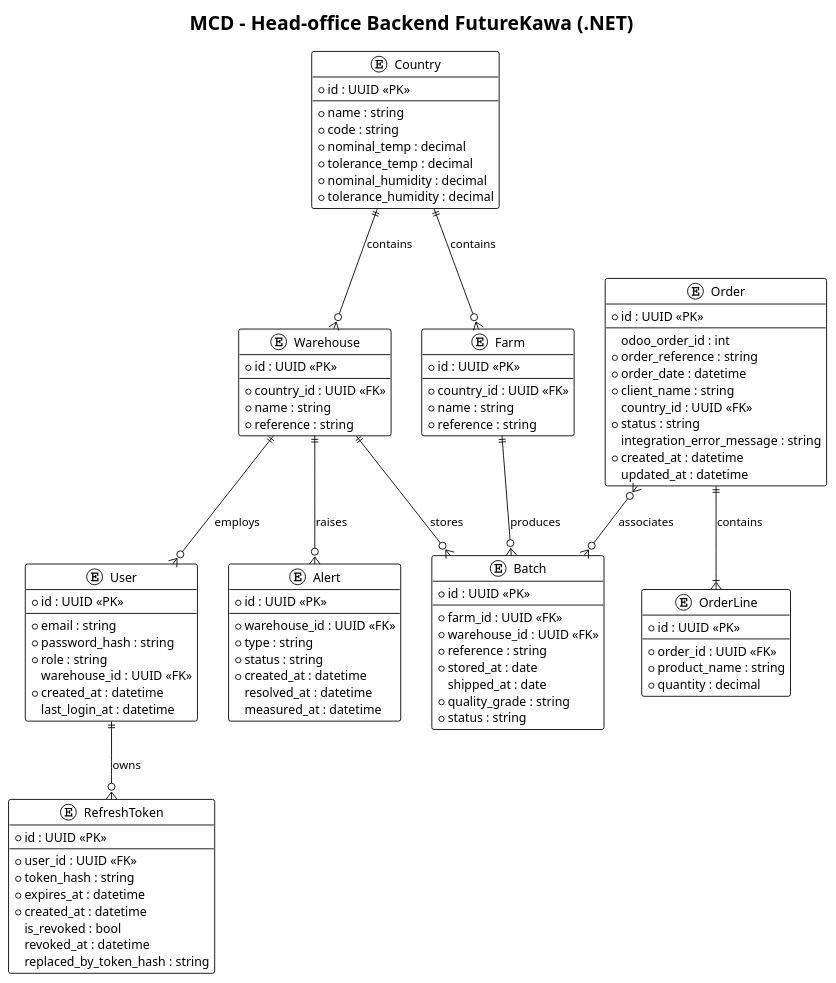
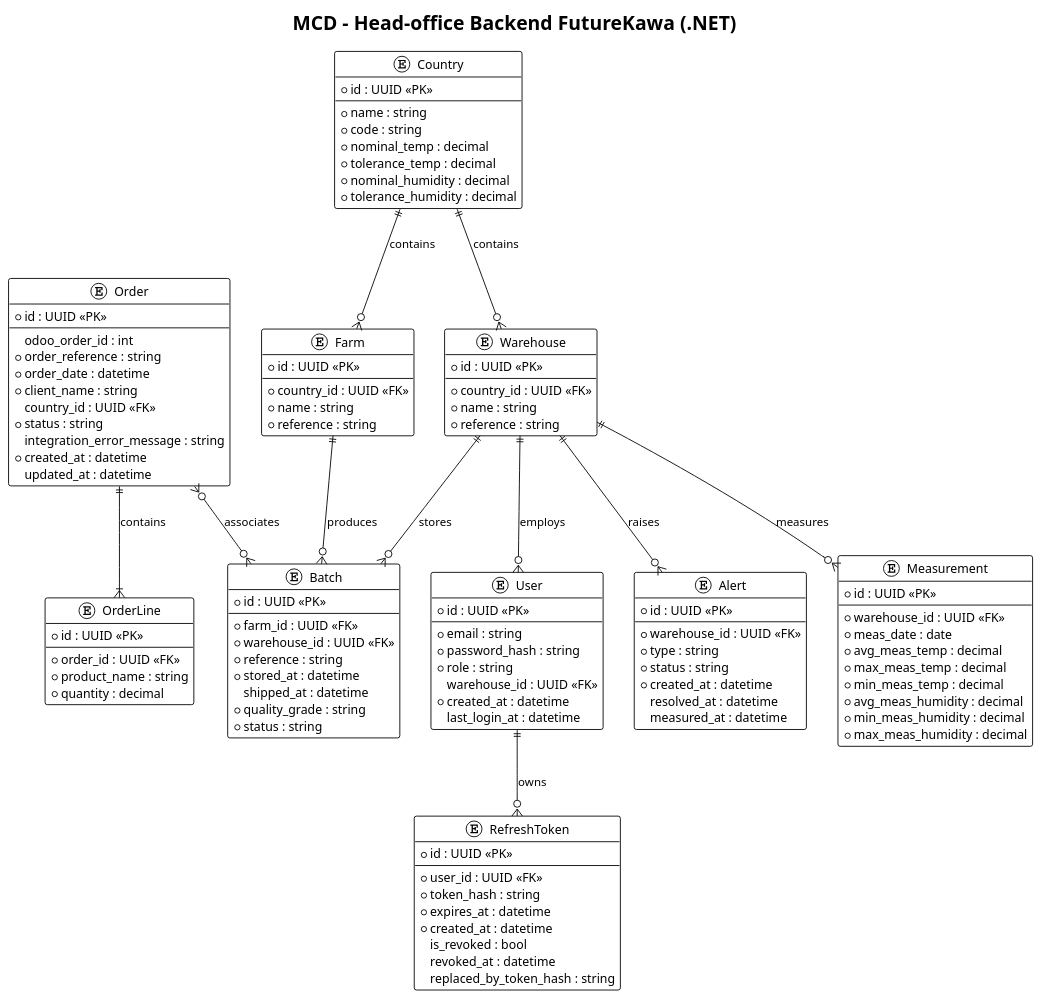
The diagram in Documentation/diagrammes/mcd_backend.puml (FutureKawa-Nte-G2/FutureKawa), drawn with PlantUML before and after one commit. The commit also changed 1 other file, not shown here.

Commit message:
docs(diagrams): add Measurement entity and fix Batches date/time types

```diff
--- a/Documentation/diagrammes/mcd_backend.puml
+++ b/Documentation/diagrammes/mcd_backend.puml
@@ -1,113 +1,127 @@
 @startuml MCD_Backend_FutureKawa
 
 !theme plain
 
 title MCD - Head-office Backend FutureKawa (.NET)
 
 entity "User" as User {
   * id : UUID <<PK>>
   --
   * email : string
   * password_hash : string
   * role : string
   warehouse_id : UUID <<FK>>
   * created_at : datetime
   last_login_at : datetime
 }
 
 entity "RefreshToken" as RefreshToken {
   * id : UUID <<PK>>
   --
   * user_id : UUID <<FK>>
   * token_hash : string
   * expires_at : datetime
   * created_at : datetime
   is_revoked : bool
   revoked_at : datetime
   replaced_by_token_hash : string
 }
 
 entity "Country" as Country {
   * id : UUID <<PK>>
   --
   * name : string
   * code : string
   * nominal_temp : decimal
   * tolerance_temp : decimal
   * nominal_humidity : decimal
   * tolerance_humidity : decimal
 }
 
 entity "Farm" as Farm {
   * id : UUID <<PK>>
   --
   * country_id : UUID <<FK>>
   * name : string
   * reference : string
 }
 
 entity "Warehouse" as Warehouse {
   * id : UUID <<PK>>
   --
   * country_id : UUID <<FK>>
   * name : string
   * reference : string
 }
 
 entity "Batch" as Batch {
   * id : UUID <<PK>>
   --
   * farm_id : UUID <<FK>>
   * warehouse_id : UUID <<FK>>
   * reference : string
-  * stored_at : date
-  shipped_at : date
+  * stored_at : datetime
+  shipped_at : datetime
   * quality_grade : string
   * status : string
 }
 
 entity "Alert" as Alert {
   * id : UUID <<PK>>
   --
   * warehouse_id : UUID <<FK>>
   * type : string
   * status : string
   * created_at : datetime
   resolved_at : datetime
   measured_at : datetime
+}
+
+entity "Measurement" as Measurement {
+  * id : UUID <<PK>>
+  --
+  * warehouse_id : UUID <<FK>>
+  * meas_date : date
+  * avg_meas_temp : decimal
+  * max_meas_temp : decimal
+  * min_meas_temp : decimal
+  * avg_meas_humidity : decimal
+  * min_meas_humidity : decimal
+  * max_meas_humidity : decimal
 }
 
 entity "Order" as Order {
   * id : UUID <<PK>>
   --
   odoo_order_id : int
   * order_reference : string
   * order_date : datetime
   * client_name : string
   country_id : UUID <<FK>>
   * status : string
   integration_error_message : string
   * created_at : datetime
   updated_at : datetime
 }
 
 entity "OrderLine" as OrderLine {
   * id : UUID <<PK>>
   --
   * order_id : UUID <<FK>>
   * product_name : string
   * quantity : decimal
 }
 
 ' Conceptual relationships
 User ||--o{ RefreshToken : "owns"
 Warehouse ||--o{ User : "employs"
 Country ||--o{ Farm : "contains"
 Country ||--o{ Warehouse : "contains"
 Farm ||--o{ Batch : "produces"
 Warehouse ||--o{ Batch : "stores"
 Warehouse ||--o{ Alert : "raises"
+Warehouse ||--o{ Measurement : "measures"
 Order ||--|{ OrderLine : "contains"
 Order }o--o{ Batch : "associates"
 
 @enduml
```
